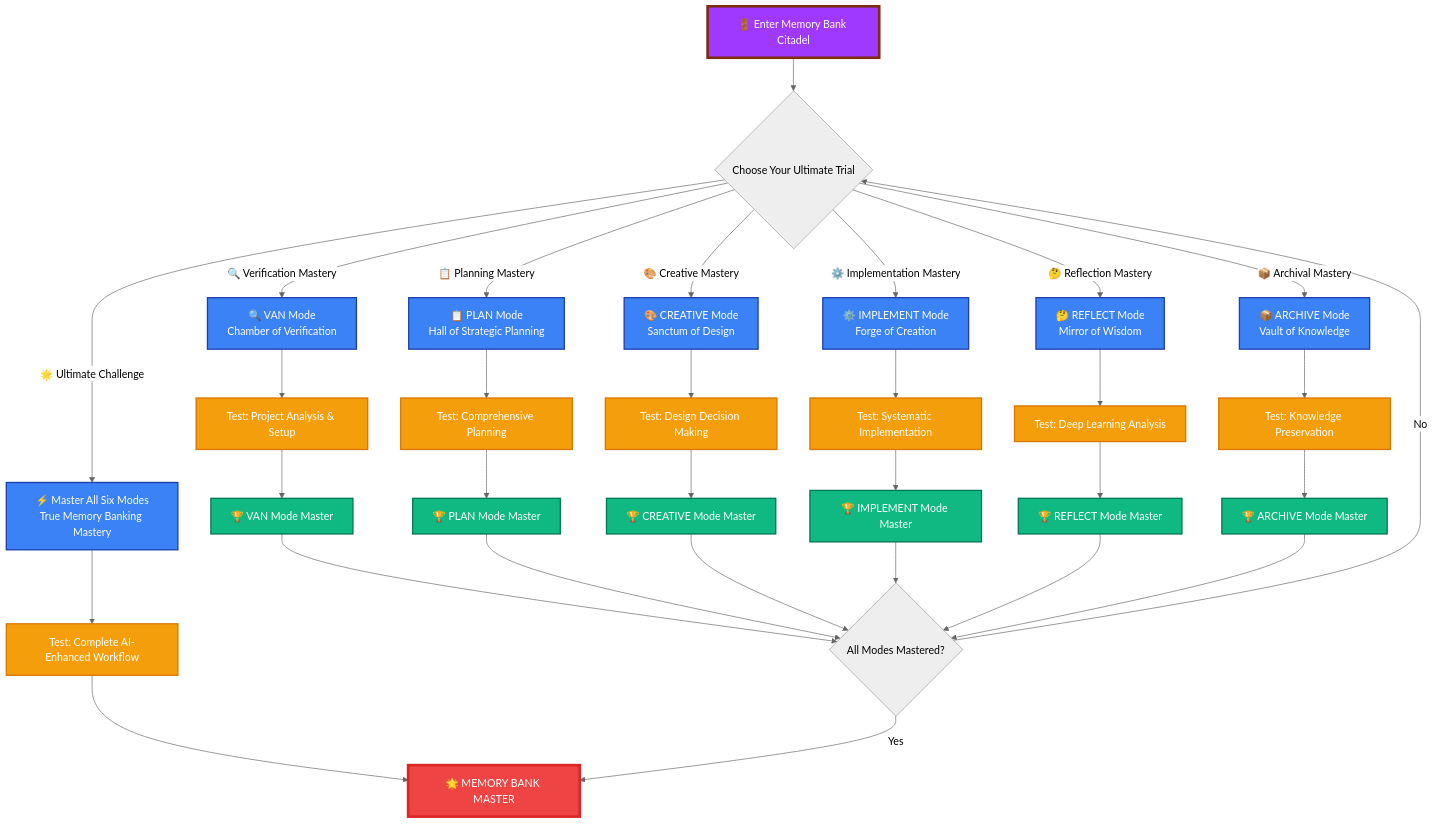
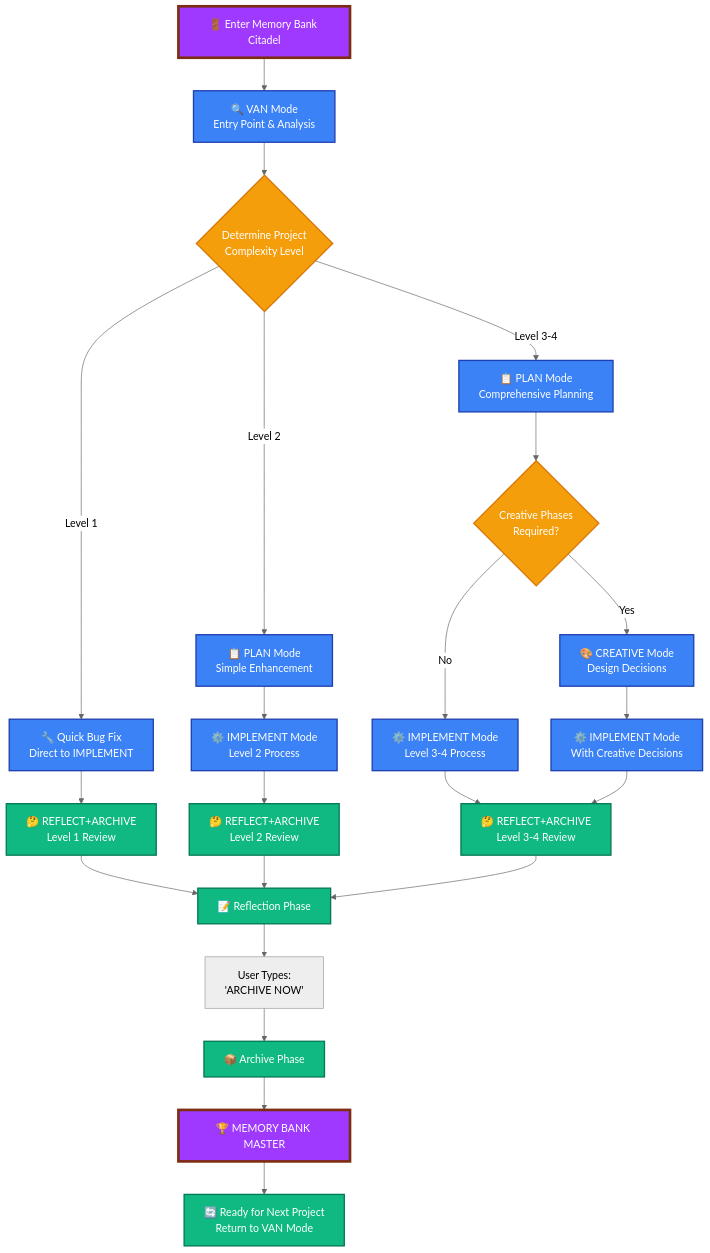
One commit to giang6283623/cursor-tip changed the seventh of 10 diagrams in README.md. Above: the diagram before and after it, drawn with Mermaid (neutral theme). The commit also changed other lines of this file and 14 other files, not shown here.

````diff
--- a/README.md
+++ b/README.md
@@ -569,49 +573,40 @@
 ```mermaid
 graph TD
-    Enter[🚪 Enter Memory Bank Citadel] --> UltimateChallenge{Choose Your Ultimate Trial}
+    Enter[🚪 Enter Memory Bank Citadel] --> VAN[🔍 VAN Mode<br/>Entry Point & Analysis]
 
-    UltimateChallenge -->|"🔍 Verification Mastery"| VAN[🔍 VAN Mode<br/>Chamber of Verification]
-    UltimateChallenge -->|"📋 Planning Mastery"| PLAN[📋 PLAN Mode<br/>Hall of Strategic Planning]
-    UltimateChallenge -->|"🎨 Creative Mastery"| CREATIVE[🎨 CREATIVE Mode<br/>Sanctum of Design]
-    UltimateChallenge -->|"⚙️ Implementation Mastery"| IMPLEMENT[⚙️ IMPLEMENT Mode<br/>Forge of Creation]
-    UltimateChallenge -->|"🤔 Reflection Mastery"| REFLECT[🤔 REFLECT Mode<br/>Mirror of Wisdom]
-    UltimateChallenge -->|"📦 Archival Mastery"| ARCHIVE[📦 ARCHIVE Mode<br/>Vault of Knowledge]
-    UltimateChallenge -->|"🌟 Ultimate Challenge"| AllSix[⚡ Master All Six Modes<br/>True Memory Banking Mastery]
+    VAN --> ComplexityCheck{Determine Project<br/>Complexity Level}
+    ComplexityCheck -->|"Level 1"| QuickFix[🔧 Quick Bug Fix<br/>Direct to IMPLEMENT]
+    ComplexityCheck -->|"Level 2"| PLAN2[📋 PLAN Mode<br/>Simple Enhancement]
+    ComplexityCheck -->|"Level 3-4"| PLAN34[📋 PLAN Mode<br/>Comprehensive Planning]
 
-    VAN --> VanTest[Test: Project Analysis & Setup]
-    PLAN --> PlanTest[Test: Comprehensive Planning]
-    CREATIVE --> CreativeTest[Test: Design Decision Making]
-    IMPLEMENT --> ImplTest[Test: Systematic Implementation]
-    REFLECT --> ReflectTest[Test: Deep Learning Analysis]
-    ARCHIVE --> ArchiveTest[Test: Knowledge Preservation]
-    AllSix --> UltimateTest[Test: Complete AI-Enhanced Workflow]
+    PLAN2 --> DirectImplement[⚙️ IMPLEMENT Mode<br/>Level 2 Process]
+    PLAN34 --> CreativeFlag{Creative Phases<br/>Required?}
+    CreativeFlag -->|"Yes"| CREATIVE[🎨 CREATIVE Mode<br/>Design Decisions]
+    CreativeFlag -->|"No"| DirectImplement34[⚙️ IMPLEMENT Mode<br/>Level 3-4 Process]
 
-    VanTest --> VanMastery[🏆 VAN Mode Master]
-    PlanTest --> PlanMastery[🏆 PLAN Mode Master]
-    CreativeTest --> CreativeMastery[🏆 CREATIVE Mode Master]
-    ImplTest --> ImplMastery[🏆 IMPLEMENT Mode Master]
-    ReflectTest --> ReflectMastery[🏆 REFLECT Mode Master]
-    ArchiveTest --> ArchiveMastery[🏆 ARCHIVE Mode Master]
-    UltimateTest --> MemoryBankMaster[🌟 MEMORY BANK MASTER]
+    CREATIVE --> IMPLEMENT[⚙️ IMPLEMENT Mode<br/>With Creative Decisions]
+    QuickFix --> QA1[🤔 REFLECT+ARCHIVE<br/>Level 1 Review]
+    DirectImplement --> QA2[🤔 REFLECT+ARCHIVE<br/>Level 2 Review]
+    DirectImplement34 --> QA34[🤔 REFLECT+ARCHIVE<br/>Level 3-4 Review]
+    IMPLEMENT --> QA34
 
-    VanMastery --> CheckProgress{All Modes Mastered?}
-    PlanMastery --> CheckProgress
-    CreativeMastery --> CheckProgress
-    ImplMastery --> CheckProgress
-    ReflectMastery --> CheckProgress
-    ArchiveMastery --> CheckProgress
-    CheckProgress -->|"Yes"| MemoryBankMaster
-    CheckProgress -->|"No"| UltimateChallenge
+    QA1 --> ReflectPhase[📝 Reflection Phase]
+    QA2 --> ReflectPhase
+    QA34 --> ReflectPhase
+    ReflectPhase --> ArchiveCommand["User Types:<br/>'ARCHIVE NOW'"]
+    ArchiveCommand --> ArchivePhase[📦 Archive Phase]
+    ArchivePhase --> Complete[🏆 MEMORY BANK MASTER]
 
-    classDef ultimate fill:#9f39ff,stroke:#7c2d12,stroke-width:4px,color:#fff
-    classDef challenge fill:#3b82f6,stroke:#1e40af,stroke-width:2px,color:#fff
-    classDef test fill:#f59e0b,stroke:#d97706,stroke-width:2px,color:#fff
-    classDef mastery fill:#10b981,stroke:#047857,stroke-width:2px,color:#fff
-    classDef finalmaster fill:#ef4444,stroke:#dc2626,stroke-width:4px,color:#fff
+    Complete --> NextCycle[🔄 Ready for Next Project<br/>Return to VAN Mode]
 
-    class Enter,MemoryBankMaster ultimate
-    class VAN,PLAN,CREATIVE,IMPLEMENT,REFLECT,ARCHIVE,AllSix challenge
-    class VanTest,PlanTest,CreativeTest,ImplTest,ReflectTest,ArchiveTest,UltimateTest test
-    class VanMastery,PlanMastery,CreativeMastery,ImplMastery,ReflectMastery,ArchiveMastery mastery
-    class MemoryBankMaster finalmaster
+    classDef entry fill:#9f39ff,stroke:#7c2d12,stroke-width:4px,color:#fff
+    classDef mode fill:#3b82f6,stroke:#1e40af,stroke-width:2px,color:#fff
+    classDef decision fill:#f59e0b,stroke:#d97706,stroke-width:2px,color:#fff
+    classDef process fill:#10b981,stroke:#047857,stroke-width:2px,color:#fff
+    classDef complete fill:#ef4444,stroke:#dc2626,stroke-width:4px,color:#fff
+
+    class Enter,Complete entry
+    class VAN,PLAN2,PLAN34,CREATIVE,IMPLEMENT,DirectImplement,DirectImplement34,QuickFix mode
+    class ComplexityCheck,CreativeFlag decision
+    class QA1,QA2,QA34,ReflectPhase,ArchivePhase,NextCycle process
 ```
````
